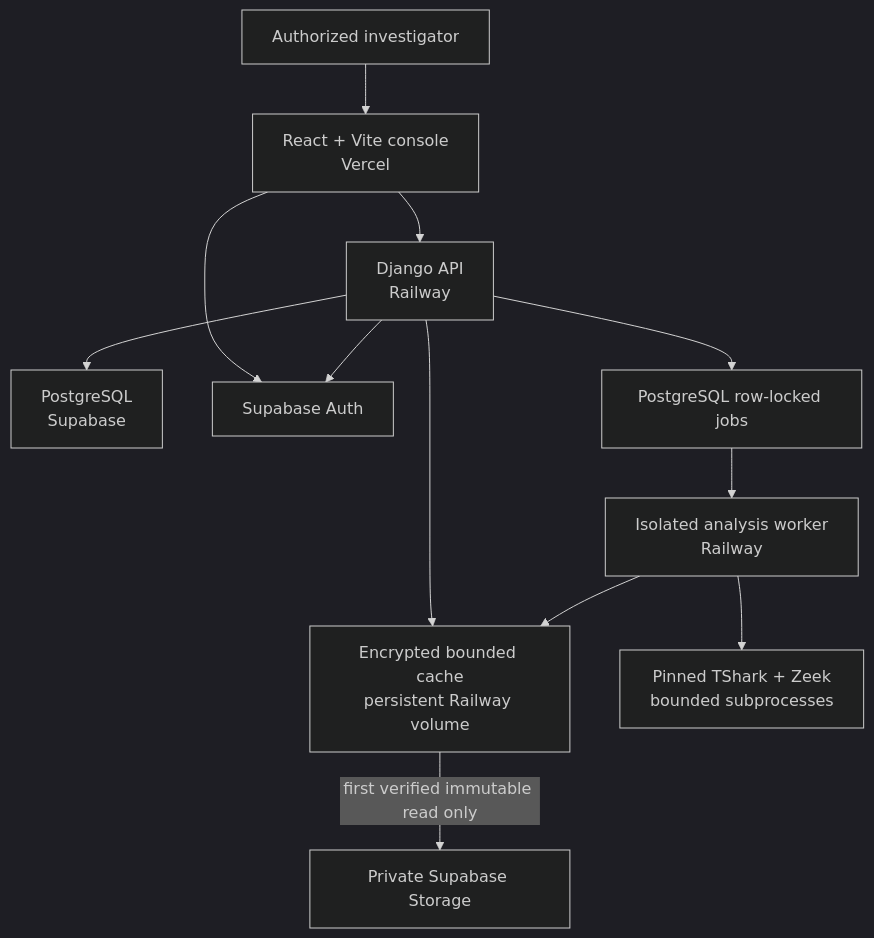
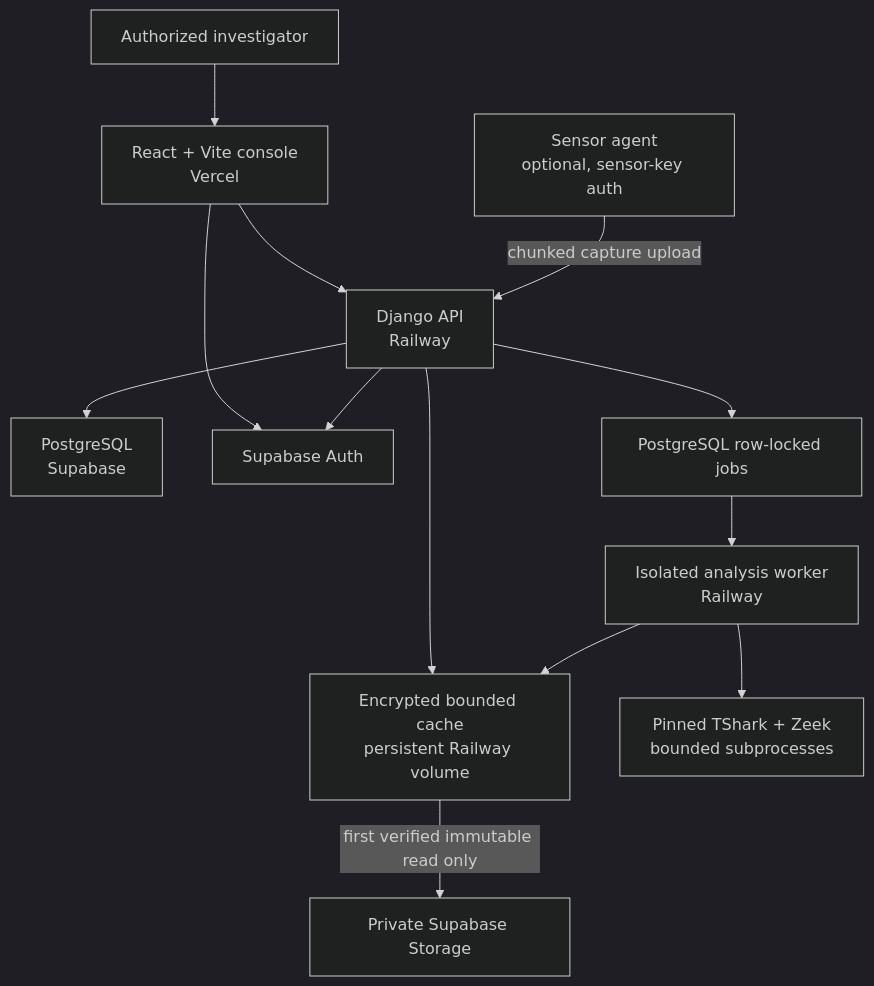
The fourth of 4 diagrams in README.md (krishna0605/Netra), drawn with Mermaid (dark theme) before and after one commit. The commit also changed other lines of this file and 6 other files, not shown here.

````diff
--- a/README.md
+++ b/README.md
@@ -55,24 +239,26 @@
 ```mermaid
 flowchart TB
     USER["Authorized investigator"]
     WEB["React + Vite console<br/>Vercel"]
     API["Django API<br/>Railway"]
     WORKER["Isolated analysis worker<br/>Railway"]
     DB["PostgreSQL<br/>Supabase"]
     AUTH["Supabase Auth"]
     OBJECTS["Private Supabase Storage"]
     CACHE["Encrypted bounded cache<br/>persistent Railway volume"]
     QUEUE["PostgreSQL row-locked jobs"]
     TOOLS["Pinned TShark + Zeek<br/>bounded subprocesses"]
+    SENSOR["Sensor agent<br/>optional, sensor-key auth"]
 
     USER --> WEB --> API
     WEB --> AUTH
     API --> AUTH
     API --> DB
     API --> QUEUE
     QUEUE --> WORKER
     API --> CACHE
     CACHE -->|"first verified immutable read only"| OBJECTS
     WORKER --> CACHE
     WORKER --> TOOLS
+    SENSOR -->|"chunked capture upload"| API
 ```
````
